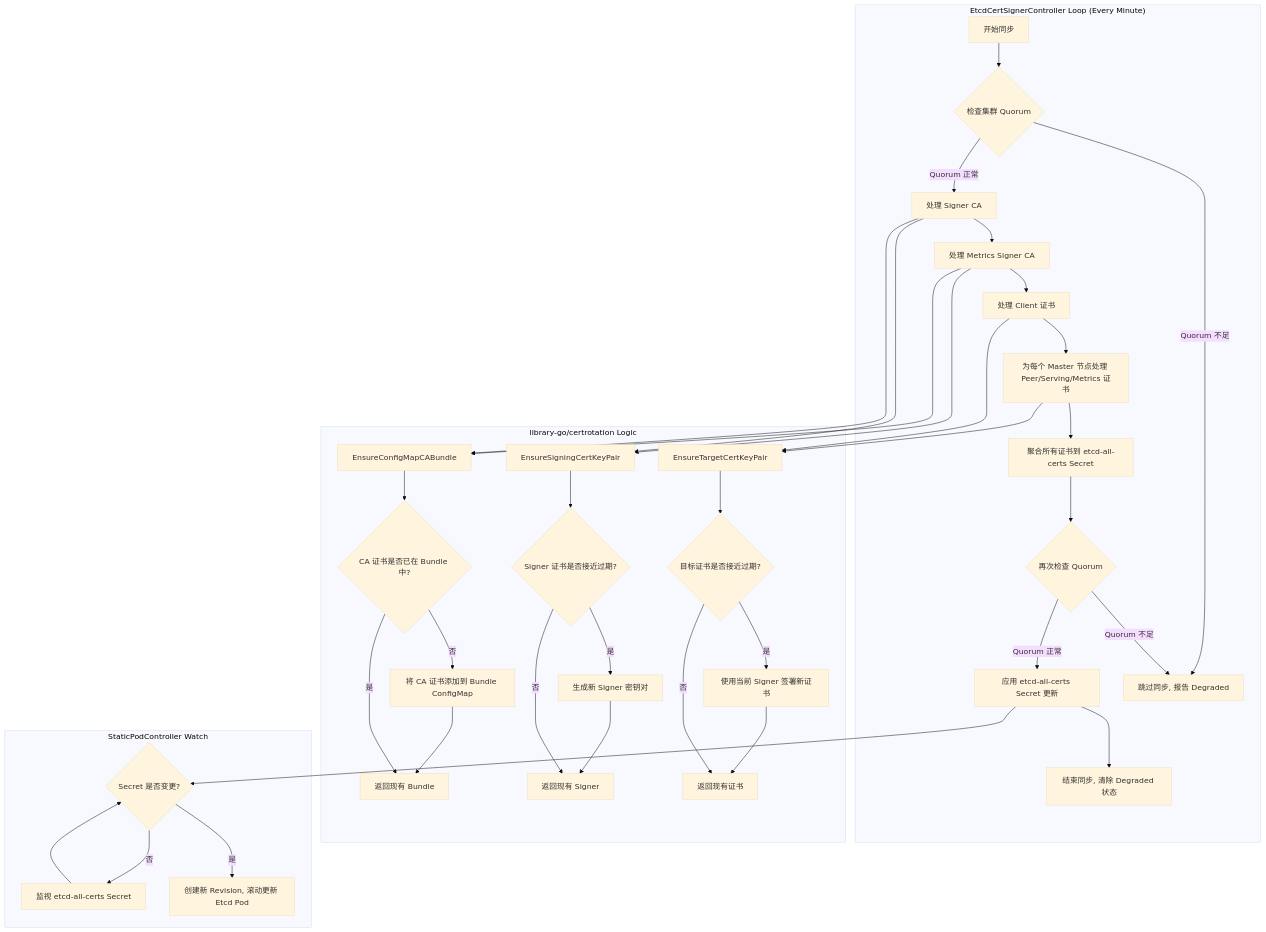
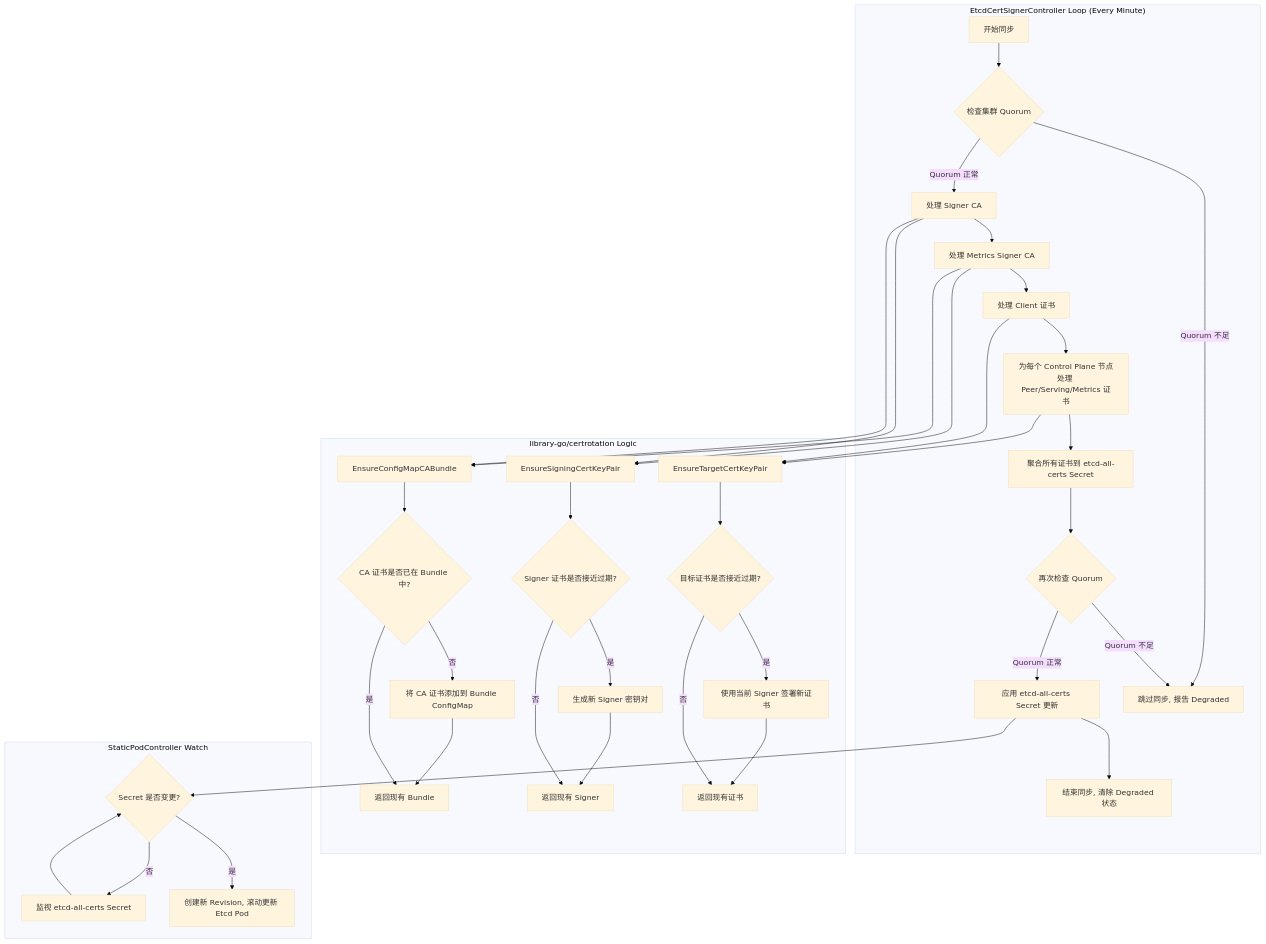
The diagram in wzh.doc/etcd_cert_rotation_report.md (wangzheng422/cluster-etcd-operator), drawn with Mermaid (base theme) before and after one commit. The commit also changed other lines of this file, not shown here.

````diff
--- a/wzh.doc/etcd_cert_rotation_report.md
+++ b/wzh.doc/etcd_cert_rotation_report.md
@@ -41,45 +41,45 @@
 ```mermaid
 graph TD
     subgraph "EtcdCertSignerController Loop (Every Minute)"
         A[开始同步] --> B{检查集群 Quorum}
         B -- Quorum 不足 --> F[跳过同步, 报告 Degraded]
         B -- Quorum 正常 --> C[处理 Signer CA]
         C --> D[处理 Metrics Signer CA]
         D --> E[处理 Client 证书]
-        E --> G[为每个 Master 节点处理 Peer/Serving/Metrics 证书]
+        E --> G[为每个 Control Plane 节点处理 Peer/Serving/Metrics 证书]
         G --> H[聚合所有证书到 etcd-all-certs Secret]
         H --> I{再次检查 Quorum}
         I -- Quorum 不足 --> F
         I -- Quorum 正常 --> J[应用 etcd-all-certs Secret 更新]
         J --> K[结束同步, 清除 Degraded 状态]
     end
 
     subgraph "library-go/certrotation Logic"
         L[EnsureSigningCertKeyPair] --> M{Signer 证书是否接近过期?}
         M -- 是 --> N[生成新 Signer 密钥对]
         M -- 否 --> O[返回现有 Signer]
         N --> O
         P[EnsureTargetCertKeyPair] --> Q{目标证书是否接近过期?}
         Q -- 是 --> R[使用当前 Signer 签署新证书]
         Q -- 否 --> S[返回现有证书]
         R --> S
         T[EnsureConfigMapCABundle] --> U{CA 证书是否已在 Bundle 中?}
         U -- 否 --> V[将 CA 证书添加到 Bundle ConfigMap]
         U -- 是 --> W[返回现有 Bundle]
         V --> W
     end
 
     subgraph "StaticPodController Watch"
         X[监视 etcd-all-certs Secret] --> Y{Secret 是否变更?}
         Y -- 是 --> Z[创建新 Revision, 滚动更新 Etcd Pod]
         Y -- 否 --> X
     end
 
     J --> Y
     C --> L
     C --> T
     D --> L
     D --> T
     E --> P
     G --> P
 ```
````
